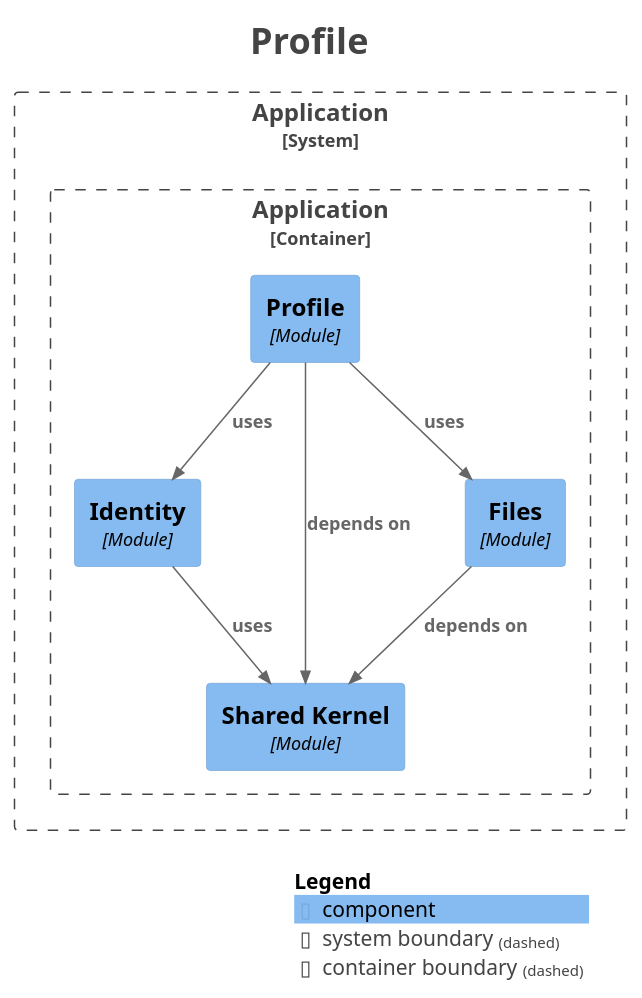
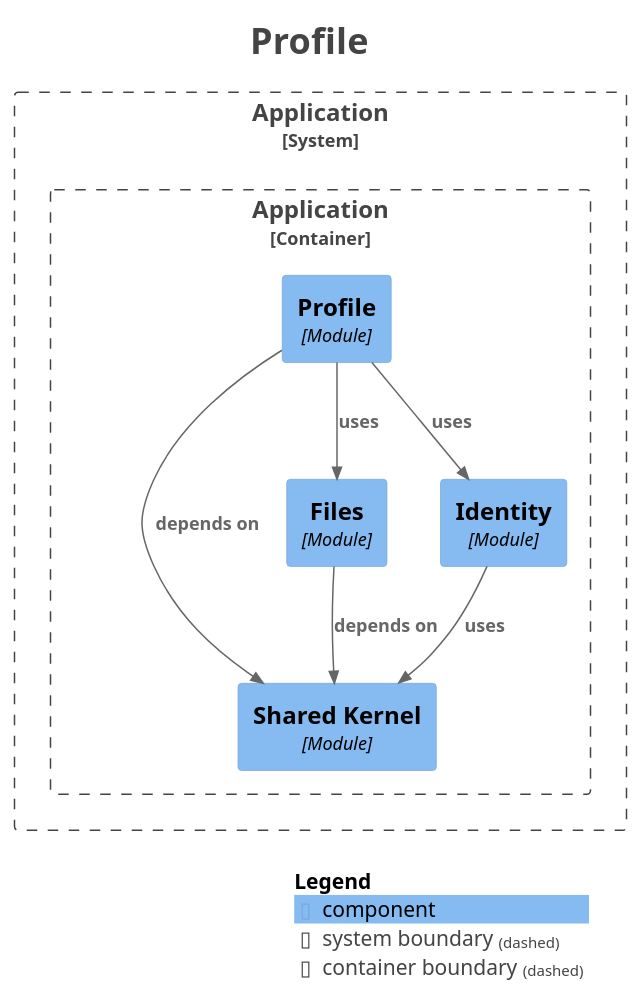
Before and after one commit to Paul-Ayesiga/enterprise-modulith-template: the diagram in docs/modulith/module-profile.puml, drawn with PlantUML. The commit also changed other lines of this file and 62 other files, not shown here.

```diff
--- a/docs/modulith/module-profile.puml
+++ b/docs/modulith/module-profile.puml
@@ -1,36 +1,36 @@
 @startuml
 title <size:24>Profile</size>
 
 set separator none
 top to bottom direction
 
 <style>
   root {
     BackgroundColor: #ffffff
     FontColor: #444444
   }
 </style>
 
 !include <C4/C4>
 !include <C4/C4_Context>
 !include <C4/C4_Component>
 
 System_Boundary("Application_boundary", "Application", $tags="") {
   Container_Boundary("Application.Application_boundary", "Application", $tags="") {
-    Component(Application.Application.Identity, "Identity", $techn="Module", $descr="", $tags="", $link="")
     Component(Application.Application.Profile, "Profile", $techn="Module", $descr="", $tags="", $link="")
     Component(Application.Application.SharedKernel, "Shared Kernel", $techn="Module", $descr="", $tags="", $link="")
     Component(Application.Application.Files, "Files", $techn="Module", $descr="", $tags="", $link="")
+    Component(Application.Application.Identity, "Identity", $techn="Module", $descr="", $tags="", $link="")
   }
 
 }
 
-Rel(Application.Application.Identity, Application.Application.SharedKernel, "uses", $techn="", $tags="", $link="")
-Rel(Application.Application.Files, Application.Application.SharedKernel, "depends on", $techn="", $tags="", $link="")
 Rel(Application.Application.Profile, Application.Application.SharedKernel, "depends on", $techn="", $tags="", $link="")
 Rel(Application.Application.Profile, Application.Application.Identity, "uses", $techn="", $tags="", $link="")
 Rel(Application.Application.Profile, Application.Application.Files, "uses", $techn="", $tags="", $link="")
+Rel(Application.Application.Identity, Application.Application.SharedKernel, "uses", $techn="", $tags="", $link="")
+Rel(Application.Application.Files, Application.Application.SharedKernel, "depends on", $techn="", $tags="", $link="")
 
 SHOW_LEGEND(true)
 hide stereotypes
 @enduml
```
